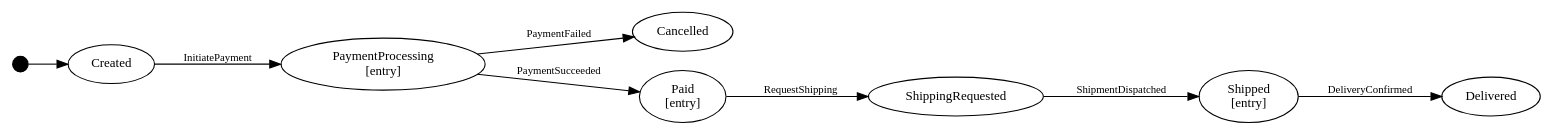
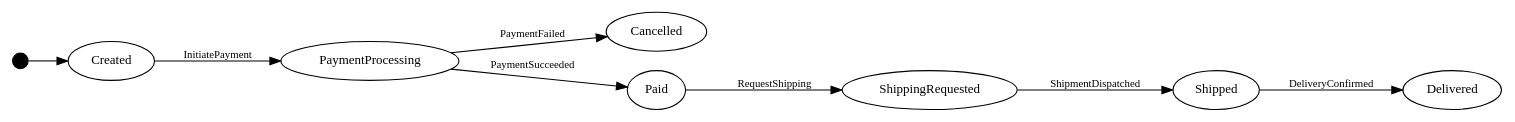
Before and after one commit to Iterable/mechanoid: the third of 3 diagrams in docs/visualizations/order-fsm-structure.md, drawn with Graphviz. The commit also changed other lines of this file and 52 other files, not shown here.

````diff
--- a/docs/visualizations/order-fsm-structure.md
+++ b/docs/visualizations/order-fsm-structure.md
@@ -61,25 +58,25 @@
 ```dot
 digraph FSM {
     rankdir=LR;
     fontsize=12;
     node [shape=ellipse, fontsize=12];
     edge [fontsize=10];
 
-    Shipped [label="Shipped\n[entry]"];
-    PaymentProcessing [label="PaymentProcessing\n[entry]"];
+    Shipped [label="Shipped"];
+    PaymentProcessing [label="PaymentProcessing"];
     ShippingRequested [label="ShippingRequested"];
     Delivered [label="Delivered"];
     Cancelled [label="Cancelled"];
-    Paid [label="Paid\n[entry]"];
+    Paid [label="Paid"];
     Created [label="Created"];
     __start__ [shape=point, width=0.2];
     __start__ -> Created;
 
     Created -> PaymentProcessing [label="InitiatePayment"];
     PaymentProcessing -> Paid [label="PaymentSucceeded"];
     PaymentProcessing -> Cancelled [label="PaymentFailed"];
     Paid -> ShippingRequested [label="RequestShipping"];
     ShippingRequested -> Shipped [label="ShipmentDispatched"];
     Shipped -> Delivered [label="DeliveryConfirmed"];
 }
 ```
````
